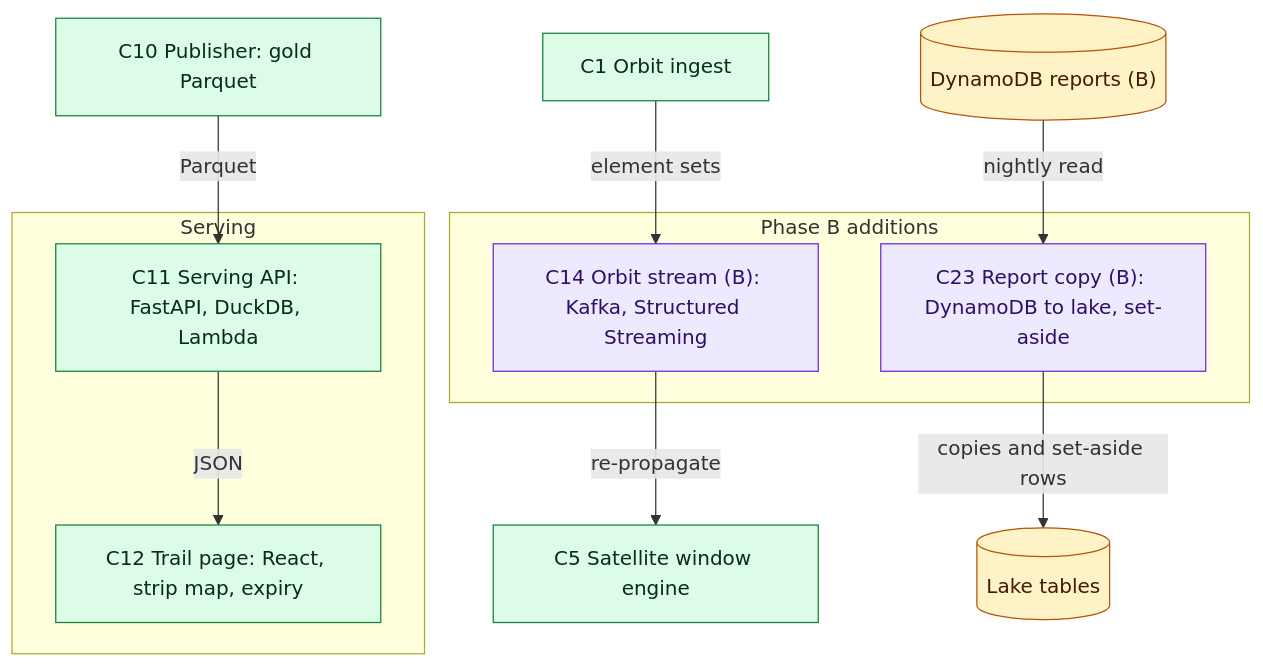
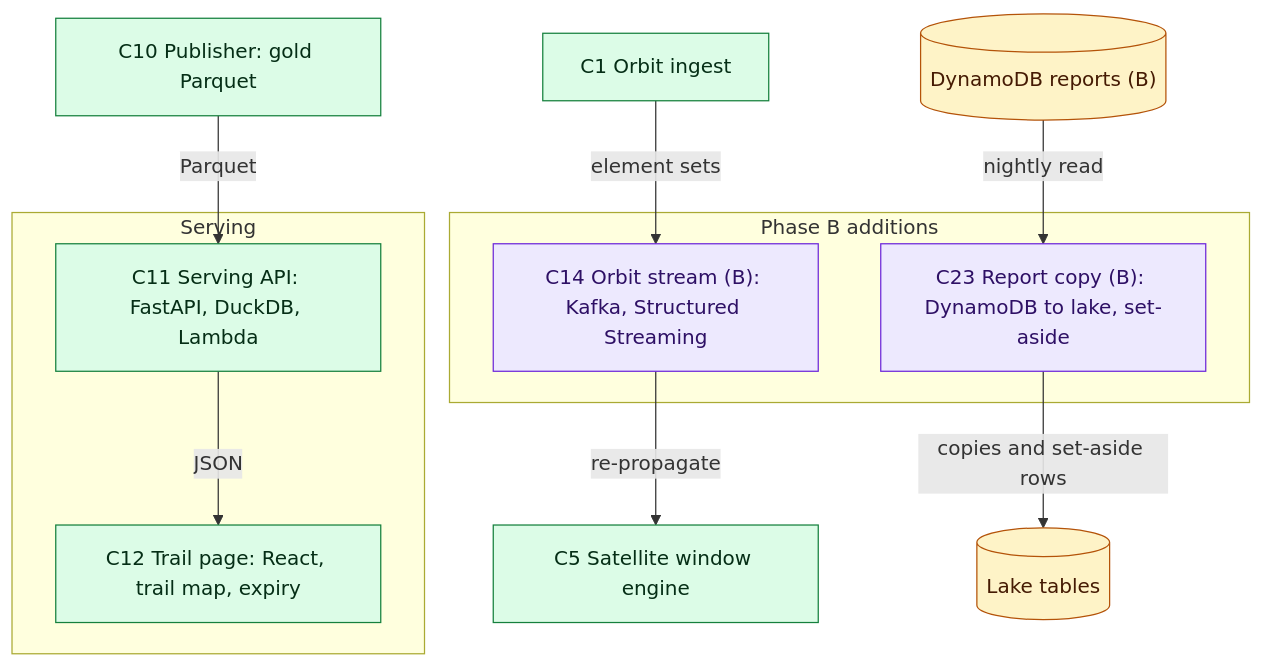
One commit to John-Wasikye/will-i-have-signal-out-there changed the fifth of 10 diagrams in docs/trip-planner/design-doc.md. Above: the diagram before and after it, drawn with Mermaid. The commit also changed other lines of this file and 3 other files, not shown here.

First line of the commit message:
Describe the trail map and new pages in the documents

````diff
--- a/docs/trip-planner/design-doc.md
+++ b/docs/trip-planner/design-doc.md
@@ -296,27 +296,27 @@
 ```mermaid
 flowchart TB
   c10["C10 Publisher: gold Parquet"]:::cont
   c1["C1 Orbit ingest"]:::cont
   c5["C5 Satellite window engine"]:::cont
   subgraph SERVE["Serving"]
     c11["C11 Serving API: FastAPI, DuckDB, Lambda"]:::cont
-    c12["C12 Trail page: React, strip map, expiry"]:::cont
+    c12["C12 Trail page: React, trail map, expiry"]:::cont
   end
   subgraph PB["Phase B additions"]
     c14["C14 Orbit stream (B): Kafka, Structured Streaming"]:::phb
     c23["C23 Report copy (B): DynamoDB to lake, set-aside"]:::phb
   end
   ddb[("DynamoDB reports (B)")]:::store
   lake[("Lake tables")]:::store
   c10 -->|Parquet| c11
   c11 -->|JSON| c12
   c1 -->|element sets| c14
   c14 -->|re-propagate| c5
   ddb -->|nightly read| c23
   c23 -->|copies and set-aside rows| lake
   classDef person fill:#dbeafe,stroke:#1d4ed8,color:#0b1f4d
   classDef ext fill:#f3f4f6,stroke:#6b7280,color:#111827
   classDef cont fill:#dcfce7,stroke:#15803d,color:#052e16
   classDef store fill:#fef3c7,stroke:#b45309,color:#451a03
   classDef phb fill:#ede9fe,stroke:#6d28d9,color:#2e1065
 ```
````
